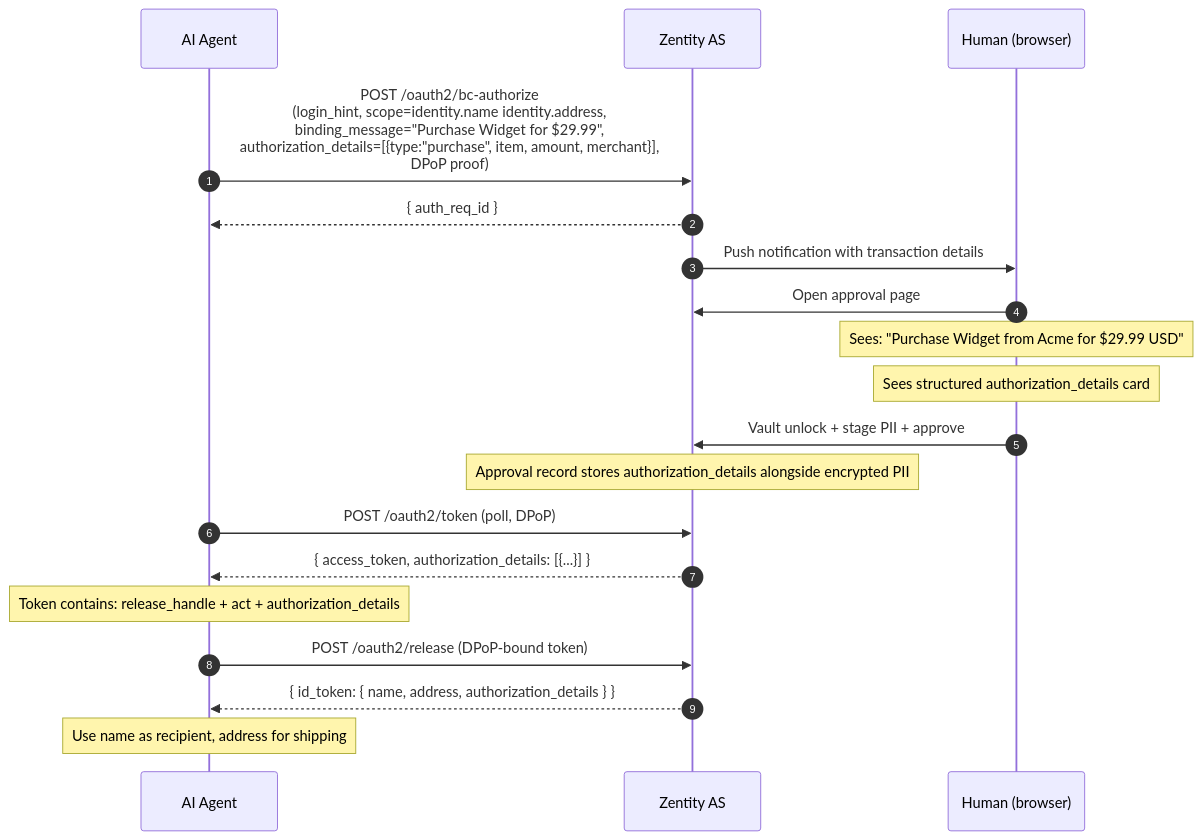
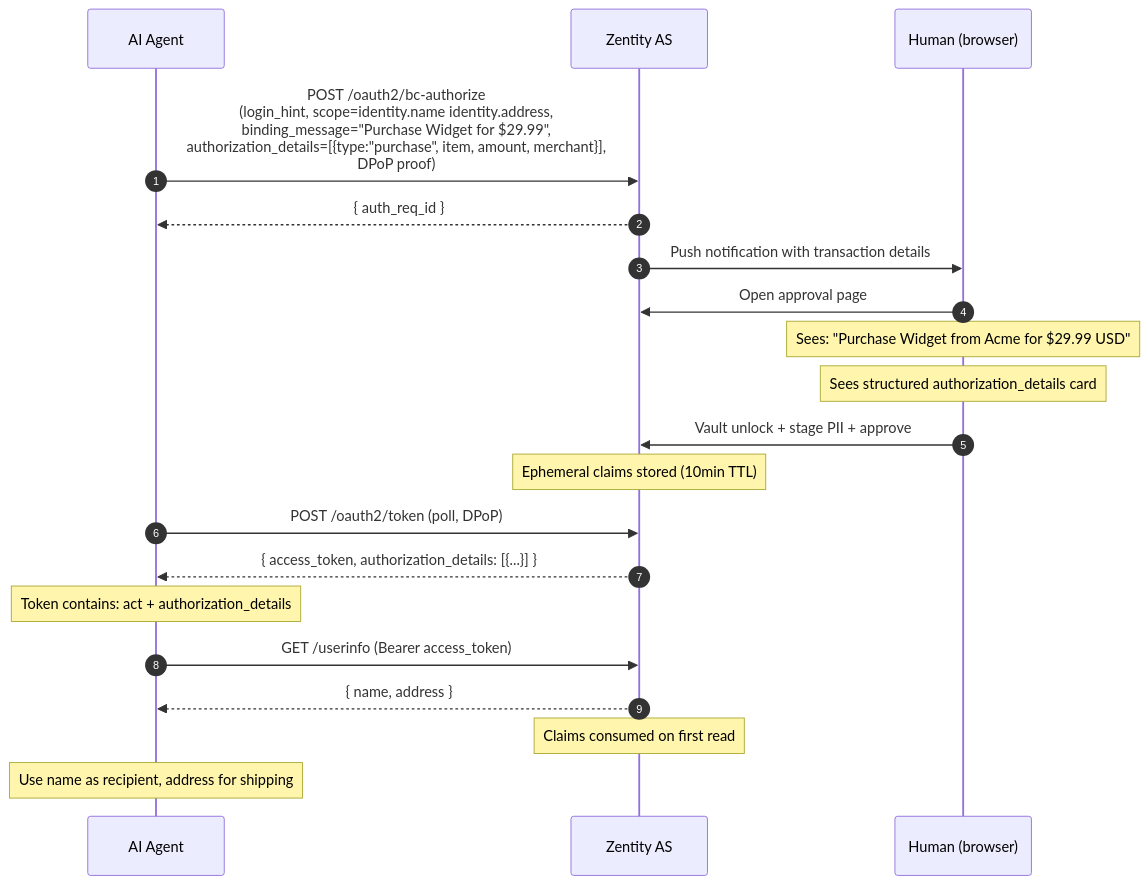
One commit to gustavovalverde/zentity changed the third of 3 diagrams in docs/agentic-authorization.md. Above: the diagram before and after it, drawn with Mermaid. The commit also changed other lines of this file and 8 other files, not shown here.

First line of the commit message:
feat(demo-rp): update PII delivery to userinfo-only model

````diff
--- a/docs/agentic-authorization.md
+++ b/docs/agentic-authorization.md
@@ -204,27 +172,28 @@
 ```mermaid
 sequenceDiagram
   autonumber
   participant Agent as AI Agent
   participant AS as Zentity AS
   participant User as Human (browser)
 
   Agent->>AS: POST /oauth2/bc-authorize<br/>(login_hint, scope=identity.name identity.address,<br/>binding_message="Purchase Widget for $29.99",<br/>authorization_details=[{type:"purchase", item, amount, merchant}],<br/>DPoP proof)
   AS-->>Agent: { auth_req_id }
   AS->>User: Push notification with transaction details
 
   User->>AS: Open approval page
   Note over User: Sees: "Purchase Widget from Acme for $29.99 USD"
   Note over User: Sees structured authorization_details card
 
   User->>AS: Vault unlock + stage PII + approve
-  Note over AS: Approval record stores authorization_details alongside encrypted PII
+  Note over AS: Ephemeral claims stored (10min TTL)
 
   Agent->>AS: POST /oauth2/token (poll, DPoP)
   AS-->>Agent: { access_token, authorization_details: [{...}] }
-  Note over Agent: Token contains: release_handle + act + authorization_details
+  Note over Agent: Token contains: act + authorization_details
 
-  Agent->>AS: POST /oauth2/release (DPoP-bound token)
-  AS-->>Agent: { id_token: { name, address, authorization_details } }
+  Agent->>AS: GET /userinfo (Bearer access_token)
+  AS-->>Agent: { name, address }
+  Note over AS: Claims consumed on first read
 
   Note over Agent: Use name as recipient, address for shipping
 ```
````
